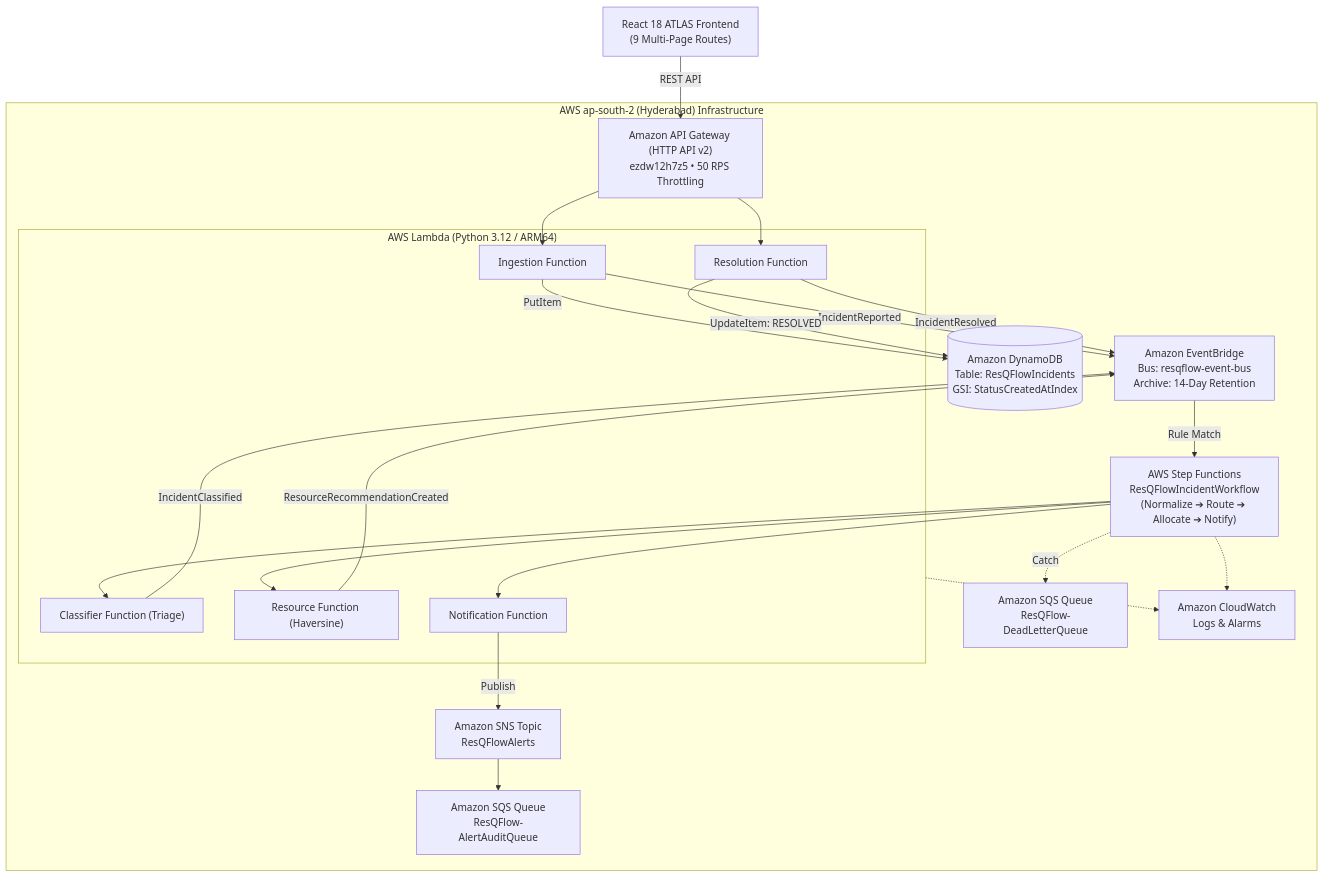
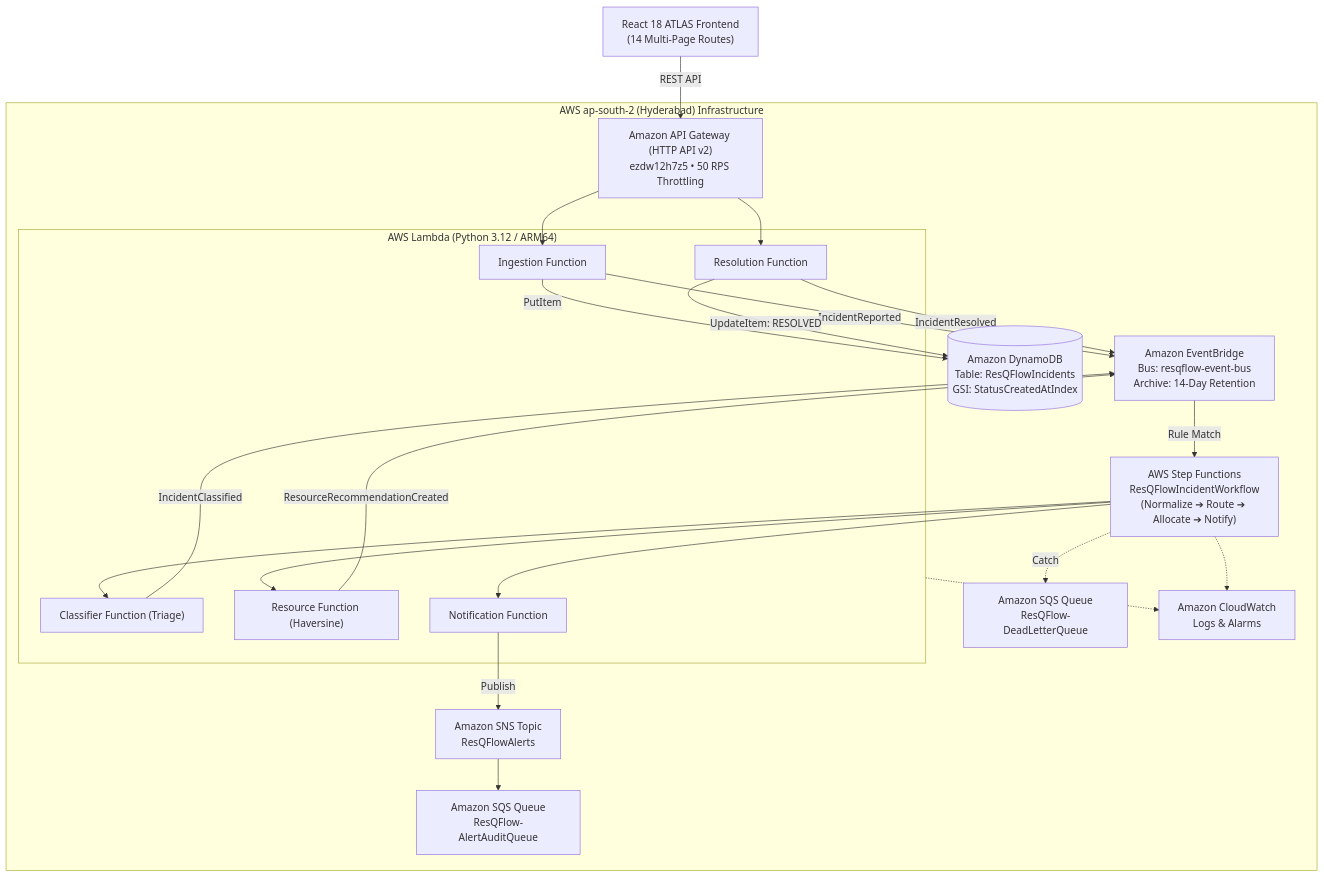
Before and after one commit to vardhannaidux/resqflow-eventbridge-crisis-engine: the diagram in README.md, drawn with Mermaid. The commit also changed other lines of this file and 12 other files, not shown here.

````diff
--- a/README.md
+++ b/README.md
@@ -22,56 +63,56 @@
 ```mermaid
 graph TD
-    Client["React 18 ATLAS Frontend<br/>(9 Multi-Page Routes)"]
+    Client["React 18 ATLAS Frontend<br/>(14 Multi-Page Routes)"]
     
     subgraph AWS_ap_south_2 ["AWS ap-south-2 (Hyderabad) Infrastructure"]
         APIGW["Amazon API Gateway (HTTP API v2)<br/>ezdw12h7z5 • 50 RPS Throttling"]
         
         subgraph Compute ["AWS Lambda (Python 3.12 / ARM64)"]
             IngestFn["Ingestion Function"]
             ClassFn["Classifier Function (Triage)"]
             ResFn["Resource Function (Haversine)"]
             NotifFn["Notification Function"]
             ResolveFn["Resolution Function"]
         end
 
         DDB[("Amazon DynamoDB<br/>Table: ResQFlowIncidents<br/>GSI: StatusCreatedAtIndex")]
         
         EB["Amazon EventBridge<br/>Bus: resqflow-event-bus<br/>Archive: 14-Day Retention"]
         
         SFN["AWS Step Functions<br/>ResQFlowIncidentWorkflow<br/>(Normalize ➔ Route ➔ Allocate ➔ Notify)"]
         
         SNS["Amazon SNS Topic<br/>ResQFlowAlerts"]
         
         SQS_Audit["Amazon SQS Queue<br/>ResQFlow-AlertAuditQueue"]
         SQS_DLQ["Amazon SQS Queue<br/>ResQFlow-DeadLetterQueue"]
         
         CW["Amazon CloudWatch<br/>Logs & Alarms"]
     end
 
     Client -->|REST API| APIGW
     APIGW --> IngestFn
     APIGW --> ResolveFn
     
     IngestFn -->|PutItem| DDB
     IngestFn -->|IncidentReported| EB
     
     ResolveFn -->|UpdateItem: RESOLVED| DDB
     ResolveFn -->|IncidentResolved| EB
     
     EB -->|Rule Match| SFN
     
     SFN --> ClassFn
     ClassFn -->|IncidentClassified| EB
     
     SFN --> ResFn
     ResFn -->|ResourceRecommendationCreated| EB
     
     SFN --> NotifFn
     NotifFn -->|Publish| SNS
     
     SNS --> SQS_Audit
     SFN -.->|Catch| SQS_DLQ
     
     Compute -.-> CW
     SFN -.-> CW
 ```
````
